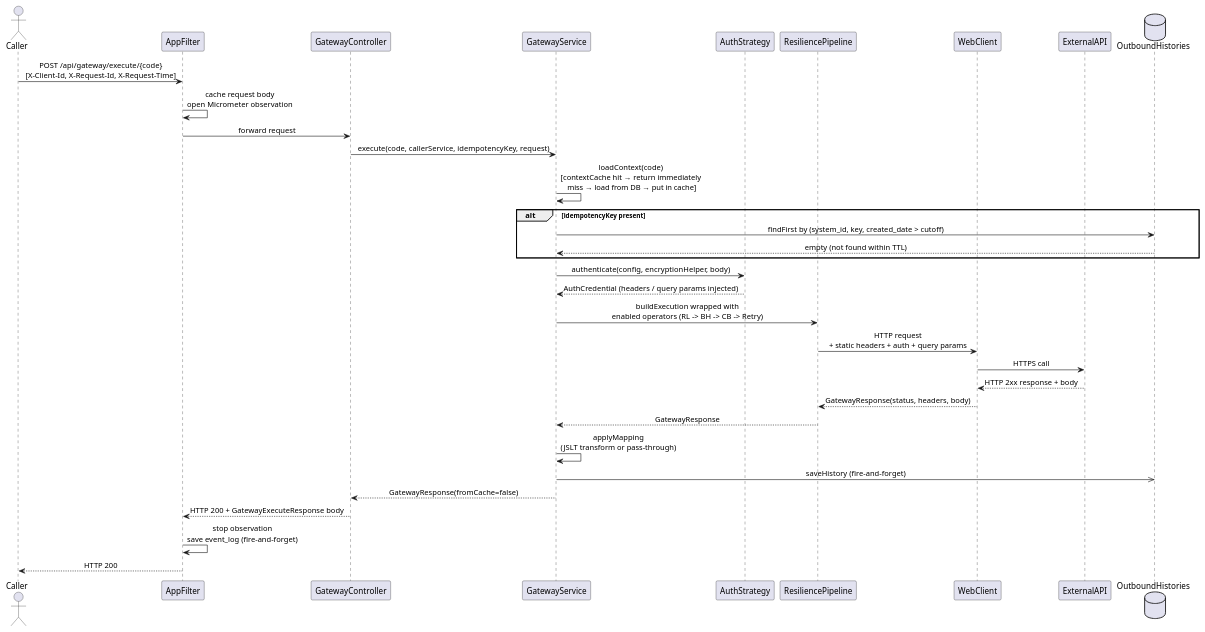
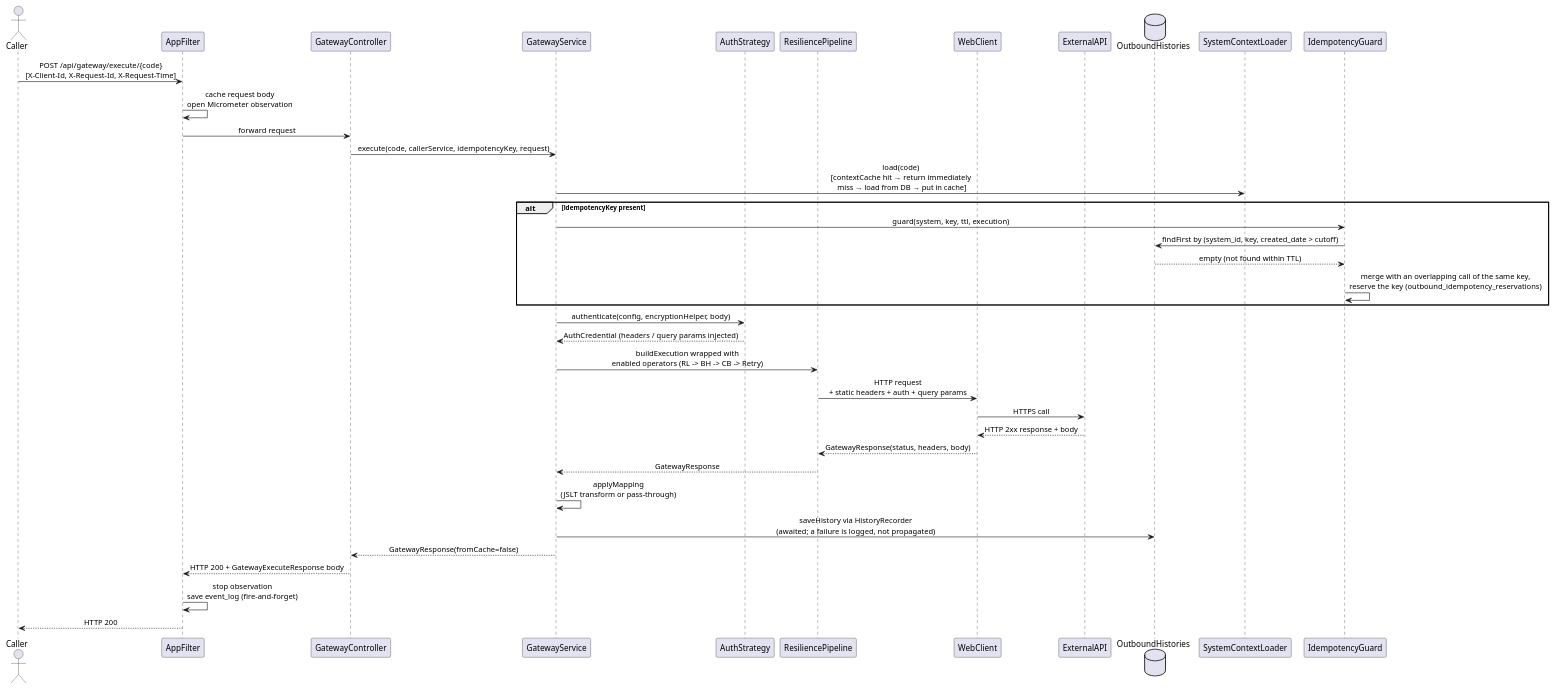
One commit to nantaaditya/outbound-gateway changed the second of 5 diagrams in README.md. Above: the diagram before and after it, drawn with PlantUML. The commit also changed other lines of this file, not shown here.

First line of the commit message:
docs: update README and remediation tracker for the GatewayServiceImpl split

````diff
--- a/README.md
+++ b/README.md
@@ -137,45 +153,47 @@
 ```plantuml
 @startuml
 skinparam sequenceMessageAlign center
 
 actor Caller
 participant AppFilter
 participant GatewayController
 participant GatewayService
 participant AuthStrategy
 participant ResiliencePipeline
 participant WebClient
 participant ExternalAPI
 database OutboundHistories
 
 Caller -> AppFilter : POST /api/gateway/execute/{code}\n[X-Client-Id, X-Request-Id, X-Request-Time]
 AppFilter -> AppFilter : cache request body\nopen Micrometer observation
 AppFilter -> GatewayController : forward request
 
 GatewayController -> GatewayService : execute(code, callerService, idempotencyKey, request)
-GatewayService -> GatewayService : loadContext(code)\n[contextCache hit → return immediately\n miss → load from DB → put in cache]
+GatewayService -> SystemContextLoader : load(code)\n[contextCache hit → return immediately\n miss → load from DB → put in cache]
 
 alt idempotencyKey present
-  GatewayService -> OutboundHistories : findFirst by (system_id, key, created_date > cutoff)
-  OutboundHistories --> GatewayService : empty (not found within TTL)
+  GatewayService -> IdempotencyGuard : guard(system, key, ttl, execution)
+  IdempotencyGuard -> OutboundHistories : findFirst by (system_id, key, created_date > cutoff)
+  OutboundHistories --> IdempotencyGuard : empty (not found within TTL)
+  IdempotencyGuard -> IdempotencyGuard : merge with an overlapping call of the same key,\nreserve the key (outbound_idempotency_reservations)
 end
 
 GatewayService -> AuthStrategy : authenticate(config, encryptionHelper, body)
 AuthStrategy --> GatewayService : AuthCredential (headers / query params injected)
 
 GatewayService -> ResiliencePipeline : buildExecution wrapped with\nenabled operators (RL -> BH -> CB -> Retry)
 ResiliencePipeline -> WebClient : HTTP request\n+ static headers + auth + query params
 WebClient -> ExternalAPI : HTTPS call
 ExternalAPI --> WebClient : HTTP 2xx response + body
 WebClient --> ResiliencePipeline : GatewayResponse(status, headers, body)
 ResiliencePipeline --> GatewayService : GatewayResponse
 
 GatewayService -> GatewayService : applyMapping\n(JSLT transform or pass-through)
-GatewayService ->> OutboundHistories : saveHistory (fire-and-forget)
+GatewayService -> OutboundHistories : saveHistory via HistoryRecorder\n(awaited; a failure is logged, not propagated)
 GatewayService --> GatewayController : GatewayResponse(fromCache=false)
 
 GatewayController --> AppFilter : HTTP 200 + GatewayExecuteResponse body
 AppFilter -> AppFilter : stop observation\nsave event_log (fire-and-forget)
 AppFilter --> Caller : HTTP 200
 @enduml
 ```
````
